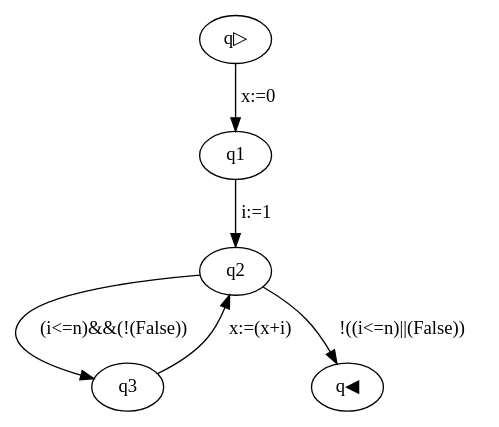
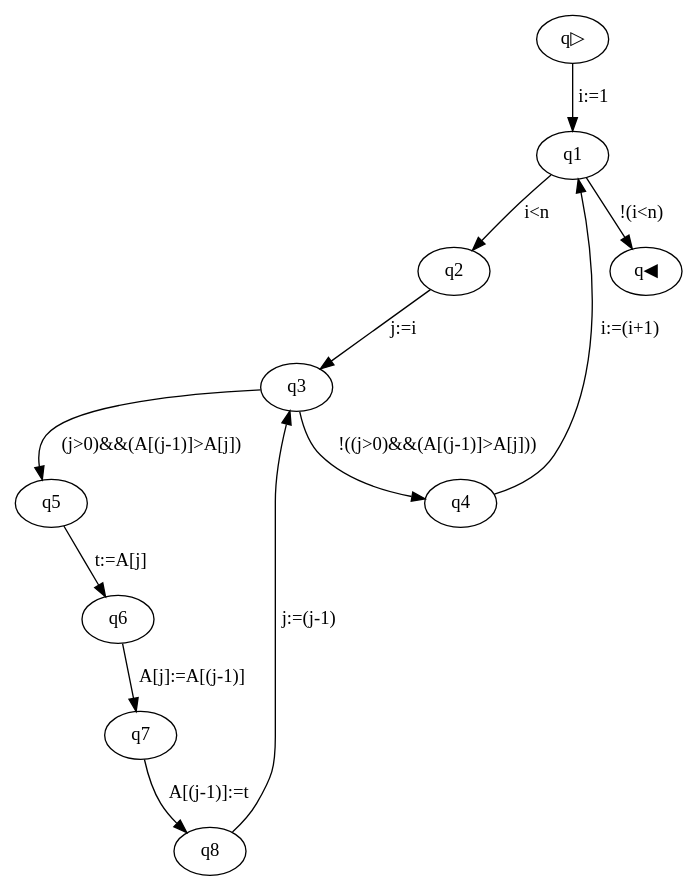
Before and after one commit to JepMik/GCL-Build-Analyse-Tool: the diagram in FilesOUT/graph.dot, drawn with Graphviz. The commit also changed 15 other files, not shown here.

```diff
--- a/FilesOUT/graph.dot
+++ b/FilesOUT/graph.dot
@@ -1,7 +1,13 @@
 strict digraph {
-q▷ -> q1[label="x:=0"];
-q1 -> q2[label="i:=1"];
-q2 -> q3[label="(i<=n)&&(!(False))"];
-q3 -> q2[label="x:=(x+i)"];
-q2 -> q◀[label="!((i<=n)||(False))"];
+q▷ -> q1[label="i:=1"];
+q1 -> q2[label="i<n"];
+q2 -> q3[label="j:=i"];
+q3 -> q5[label="(j>0)&&(A[(j-1)]>A[j])"];
+q5 -> q6[label="t:=A[j]"];
+q6 -> q7[label="A[j]:=A[(j-1)]"];
+q7 -> q8[label="A[(j-1)]:=t"];
+q8 -> q3[label="j:=(j-1)"];
+q3 -> q4[label="!((j>0)&&(A[(j-1)]>A[j]))"];
+q4 -> q1[label="i:=(i+1)"];
+q1 -> q◀[label="!(i<n)"];
 }
```
